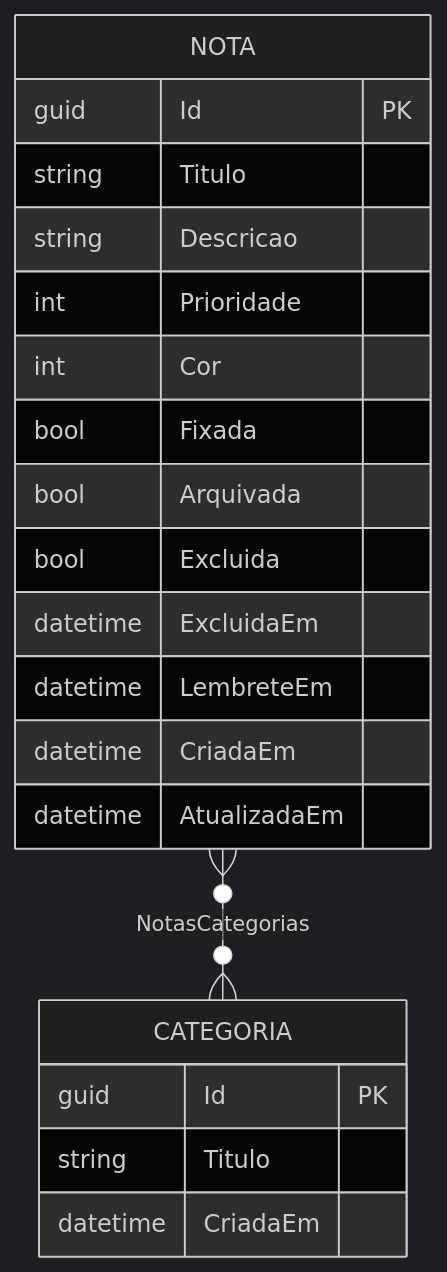
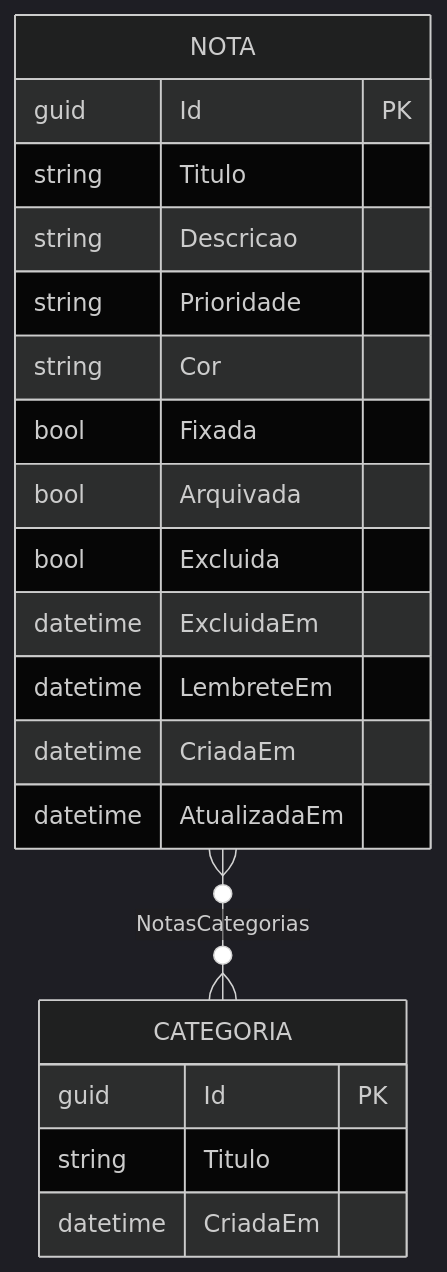
Before and after one commit to guilhermepneto/note-keeper-26: the diagram in docs/tdd.md, drawn with Mermaid (dark theme). The commit also changed other lines of this file and 2 other files, not shown here.

````diff
--- a/docs/tdd.md
+++ b/docs/tdd.md
@@ -138,25 +138,25 @@
 ```mermaid
 erDiagram
     NOTA }o--o{ CATEGORIA : "NotasCategorias"
 
     NOTA {
         guid Id PK
         string Titulo
         string Descricao
-        int Prioridade
-        int Cor
+        string Prioridade
+        string Cor
         bool Fixada
         bool Arquivada
         bool Excluida
         datetime ExcluidaEm
         datetime LembreteEm
         datetime CriadaEm
         datetime AtualizadaEm
     }
 
     CATEGORIA {
         guid Id PK
         string Titulo
         datetime CriadaEm
     }
 ```
````
